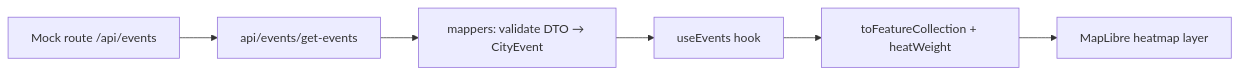
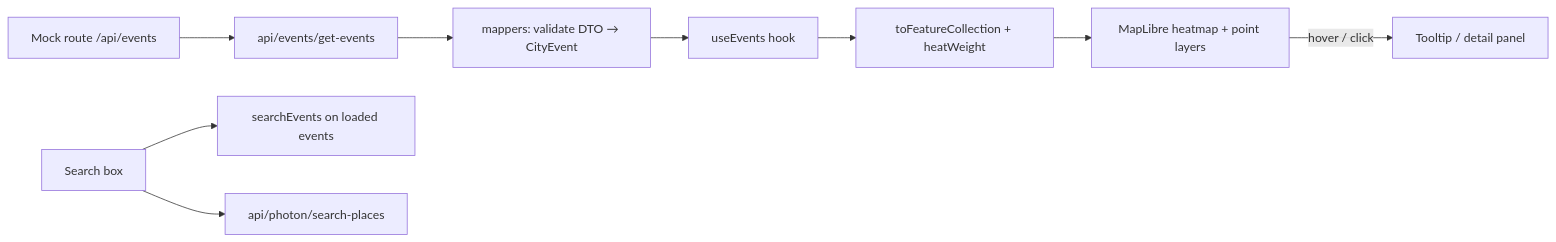
Before and after one commit to delve-group/smart-city: the diagram in docs/architecture.md, drawn with Mermaid. The commit also changed other lines of this file and 47 other files, not shown here.

First line of the commit message:
feat: add event search, points, hover tooltip and detail panel

````diff
--- a/docs/architecture.md
+++ b/docs/architecture.md
@@ -42,8 +44,11 @@
 ```mermaid
 flowchart LR
     M[Mock route /api/events] --> G[api/events/get-events]
     G --> P[mappers: validate DTO → CityEvent]
     P --> H[useEvents hook]
     H --> F[toFeatureCollection + heatWeight]
-    F --> L[MapLibre heatmap layer]
+    F --> L[MapLibre heatmap + point layers]
+    S[Search box] --> X[searchEvents on loaded events]
+    S --> Y[api/photon/search-places]
+    L -- hover / click --> T[Tooltip / detail panel]
 ```
````
